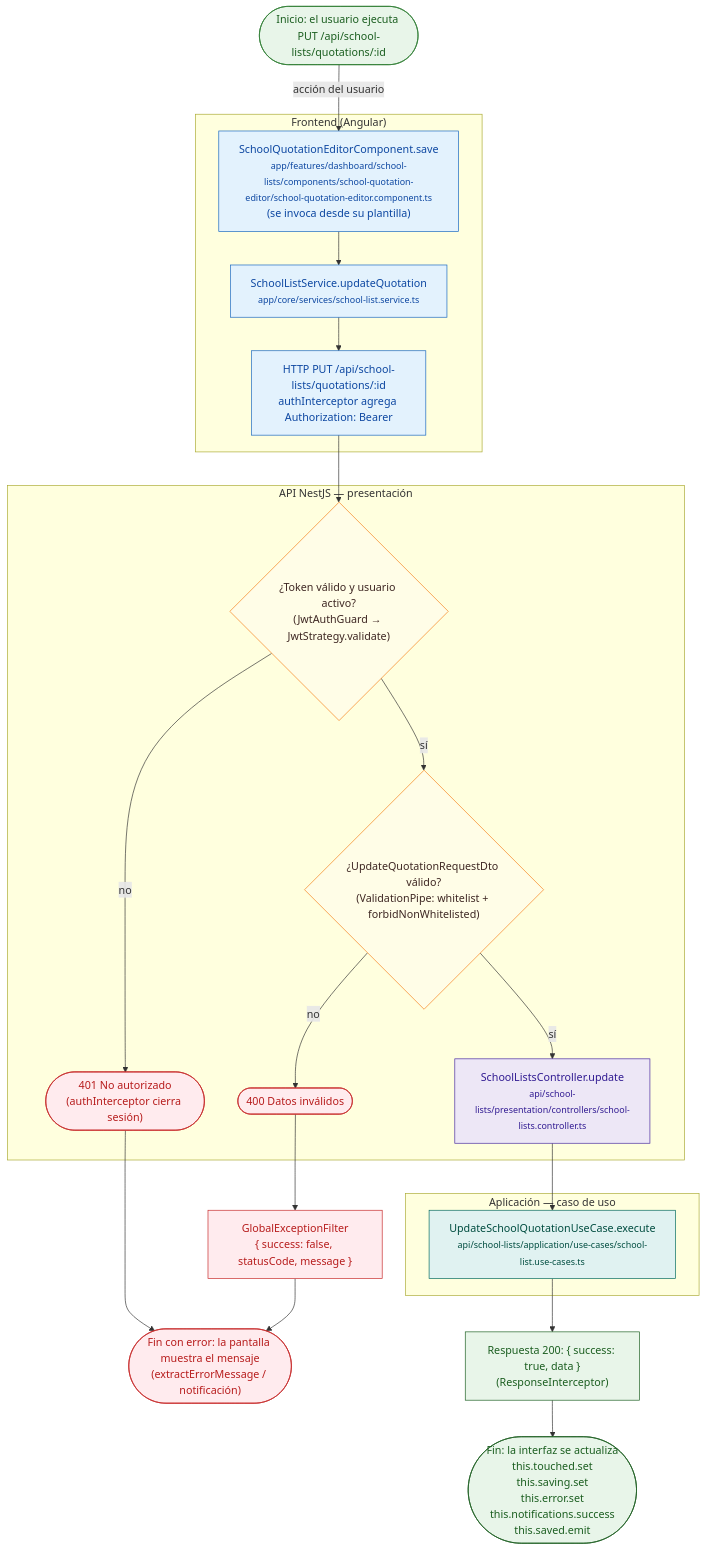
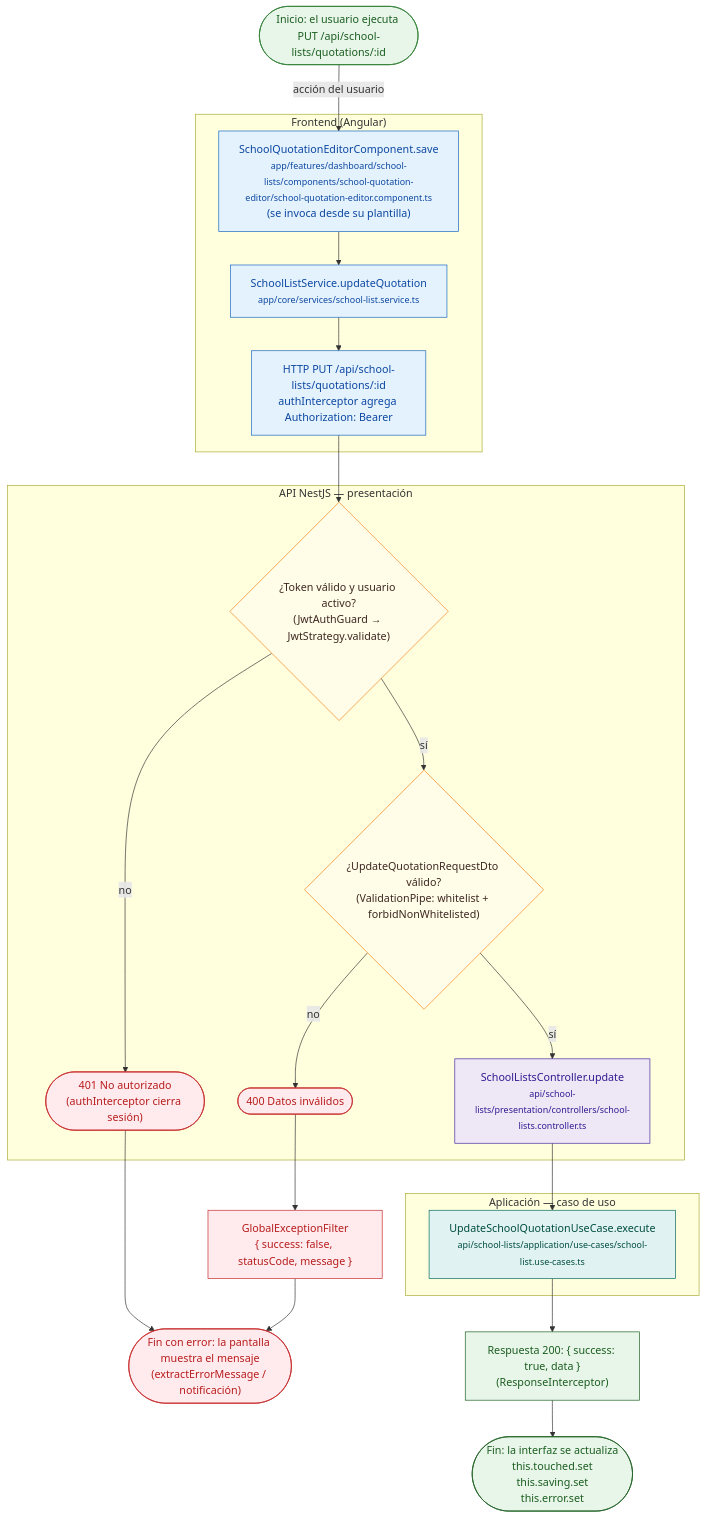
One commit to krezoiv/Comercial-Jhoel-Api changed the diagram in docs/flowcharts/business-processes/school-lists/put-school-lists-quotations-id.mmd. Above: the diagram before and after it, drawn with Mermaid. The commit also changed 179 other files, not shown here.

```diff
--- a/docs/flowcharts/business-processes/school-lists/put-school-lists-quotations-id.mmd
+++ b/docs/flowcharts/business-processes/school-lists/put-school-lists-quotations-id.mmd
@@ -1,62 +1,62 @@
 %% @generado: docs/codebase-study/tools/flowcharts.js (no editar a mano; se regenera)
 %% @titulo: PUT /api/school-lists/quotations/:id
 %% @modulo: school-lists (school-lists)
 %% @representa: Flujo de decisiones real de PUT /api/school-lists/quotations/:id: guards, DTO, validaciones del caso de uso (if … throw) y reglas de las funciones PL/pgSQL (IF … RAISE).
 %% @inicio: SchoolQuotationEditorComponent.save (comercial-jhoel-app/src/app/features/dashboard/school-lists/components/school-quotation-editor/school-quotation-editor.component.ts)
 %% @archivos: comercial-jhoel-api/src/modules/school-lists/presentation/controllers/school-lists.controller.ts ; comercial-jhoel-app/src/app/core/services/school-list.service.ts ; comercial-jhoel-app/src/app/features/dashboard/school-lists/components/school-quotation-editor/school-quotation-editor.component.ts ; comercial-jhoel-api/src/modules/school-lists/application/use-cases/school-list.use-cases.ts
 %% @decisiones: sesión JWT válida | DTO UpdateQuotationRequestDto
 %% @datos: ver repositorio
 %% @fin: Respuesta { success: true, data } y actualización de la pantalla
 %% @errores: Cada rama roja termina en GlobalExceptionFilter → { success: false, message } y la pantalla muestra el mensaje; un RAISE en SQL revierte toda la transacción
 flowchart TD
   n1(["Inicio: el usuario ejecuta PUT /api/school-lists/quotations/:id"])
   n2["GlobalExceptionFilter<br/>{ success: false, statusCode, message }"]
   n3(["Fin con error: la pantalla muestra el mensaje<br/>(extractErrorMessage / notificación)"])
   subgraph s4["Frontend (Angular)"]
   n5["SchoolListService.updateQuotation<br/><small>app/core/services/school-list.service.ts</small>"]
   n6["SchoolQuotationEditorComponent.save<br/><small>app/features/dashboard/school-lists/components/school-quotation-editor/school-quotation-editor.component.ts</small><br/>(se invoca desde su plantilla)"]
   n7["HTTP PUT /api/school-lists/quotations/:id<br/>authInterceptor agrega Authorization: Bearer"]
   end
   n8["Respuesta 200: { success: true, data }<br/>(ResponseInterceptor)"]
   subgraph s9["API NestJS — presentación"]
   n10{"¿Token válido y usuario activo?<br/>(JwtAuthGuard → JwtStrategy.validate)"}
   n11(["401 No autorizado<br/>(authInterceptor cierra sesión)"])
   n12{"¿UpdateQuotationRequestDto válido?<br/>(ValidationPipe: whitelist + forbidNonWhitelisted)"}
   n13(["400 Datos inválidos"])
   n14["SchoolListsController.update<br/><small>api/school-lists/presentation/controllers/school-lists.controller.ts</small>"]
   end
   subgraph s15["Aplicación — caso de uso"]
   n16["UpdateSchoolQuotationUseCase.execute<br/><small>api/school-lists/application/use-cases/school-list.use-cases.ts</small>"]
   end
-  n17(["Fin: la interfaz se actualiza<br/>this.touched.set<br/>this.saving.set<br/>this.error.set<br/>this.notifications.success<br/>this.saved.emit"])
+  n17(["Fin: la interfaz se actualiza<br/>this.touched.set<br/>this.saving.set<br/>this.error.set"])
   n2 --> n3
   n1 -->|acción del usuario| n6
   n6 --> n5
   n5 --> n7
   n7 --> n10
   n10 -->|no| n11
   n11 --> n3
   n10 -->|sí| n12
   n12 -->|no| n13
   n13 --> n2
   n12 -->|sí| n14
   n14 --> n16
   n16 --> n8
   n8 --> n17
   classDef start fill:#e8f5e9,stroke:#2e7d32,color:#1b5e20
   classDef fe fill:#e3f2fd,stroke:#1565c0,color:#0d47a1
   classDef api fill:#ede7f6,stroke:#4527a0,color:#311b92
   classDef app fill:#e0f2f1,stroke:#00695c,color:#004d40
   classDef dom fill:#fff8e1,stroke:#f9a825,color:#5d4037
   classDef infra fill:#f3e5f5,stroke:#6a1b9a,color:#4a148c
   classDef db fill:#eceff1,stroke:#455a64,color:#263238
   classDef dec fill:#fffde7,stroke:#f57f17,color:#3e2723
   classDef err fill:#ffebee,stroke:#c62828,color:#b71c1c
   classDef ok fill:#e8f5e9,stroke:#1b5e20,color:#1b5e20
   class n1 start
   class n2,n3,n11,n13 err
   class n5,n6,n7 fe
   class n8,n17 ok
   class n10,n12 dec
   class n14 api
   class n16 app
```
